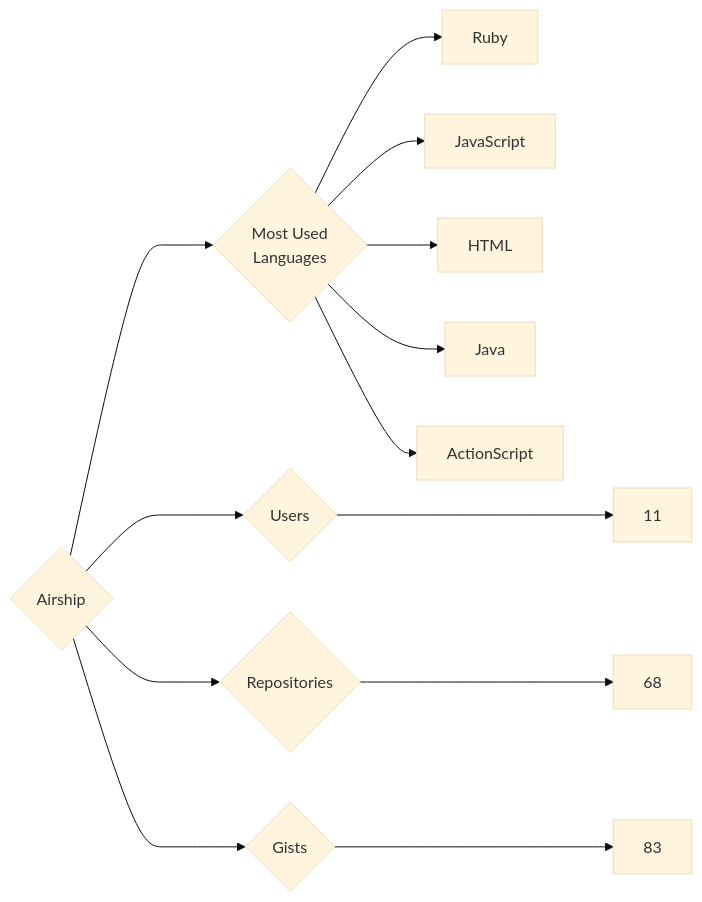
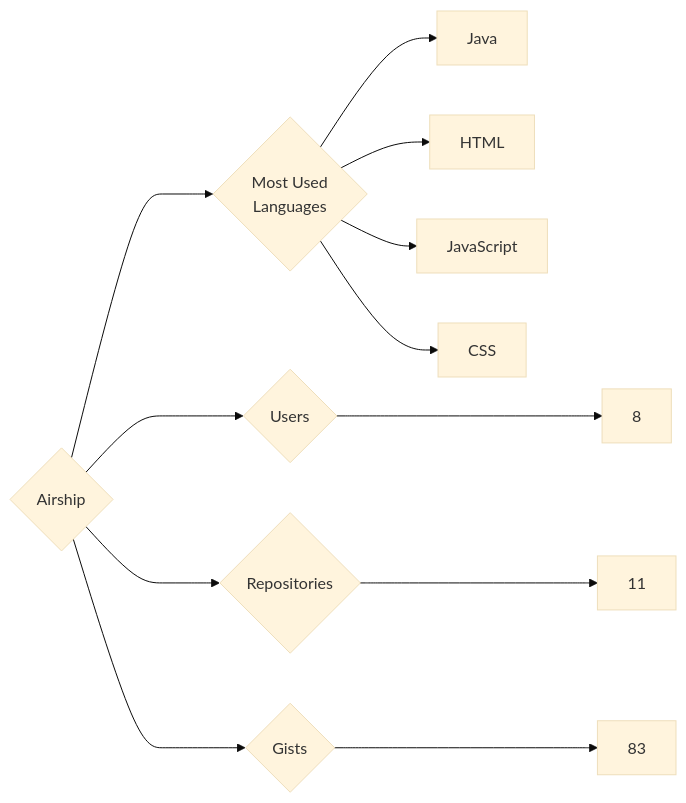
Before and after one commit to trickest/insiders: the diagram in targets/Airship/README.md, drawn with Mermaid (base theme). The commit also changed 873 other files, not shown here.

````diff
--- a/targets/Airship/README.md
+++ b/targets/Airship/README.md
@@ -3,13 +3,12 @@
 ```mermaid
 graph LR
 COMPANY_NAME{Airship}
-COMPANY_NAME ---> U{Users} ---> UN[11]
-COMPANY_NAME ---> R{Repositories} ---> RN[68]
+COMPANY_NAME ---> U{Users} ---> UN[8]
+COMPANY_NAME ---> R{Repositories} ---> RN[11]
 COMPANY_NAME ---> G{Gists} ---> GN[83]
 COMPANY_NAME ---> ML{Most Used<br>Languages}
-ML --> Ruby[Ruby]
+ML --> Java[Java]
+ML --> HTML[HTML]
 ML --> JavaScript[JavaScript]
-ML --> HTML[HTML]
-ML --> Java[Java]
-ML --> ActionScript[ActionScript]
+ML --> CSS[CSS]
 ```
````
